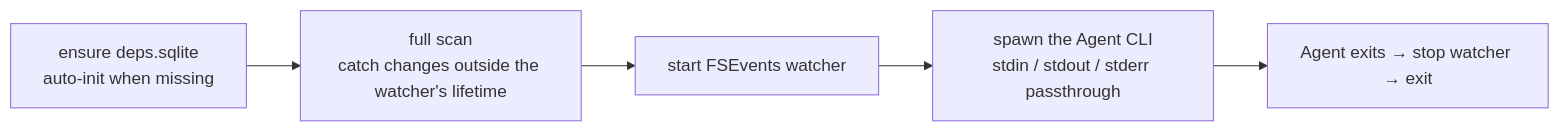
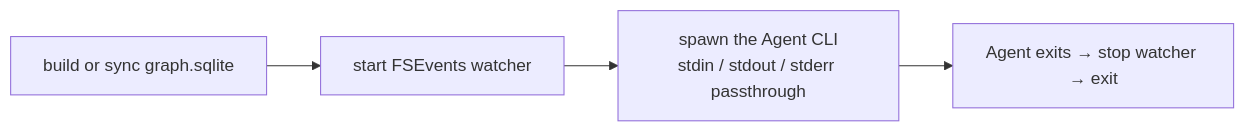
Before and after one commit to yuanyxh/utility: the sixth of 6 diagrams in README.md, drawn with Mermaid. The commit also changed other lines of this file and 33 other files, not shown here.

First line of the commit message:
refactor(scanner): remove the deps.sqlite index chain

````diff
--- a/README.md
+++ b/README.md
@@ -662,4 +659,4 @@
 ```mermaid
 flowchart LR
-    A["ensure deps.sqlite<br/>auto-init when missing"] --> B["full scan<br/>catch changes outside the watcher's lifetime"] --> C["start FSEvents watcher"] --> D["spawn the Agent CLI<br/>stdin / stdout / stderr passthrough"] --> E["Agent exits → stop watcher → exit"]
+    A["build or sync graph.sqlite"] --> B["start FSEvents watcher"] --> C["spawn the Agent CLI<br/>stdin / stdout / stderr passthrough"] --> D["Agent exits → stop watcher → exit"]
 ```
````
